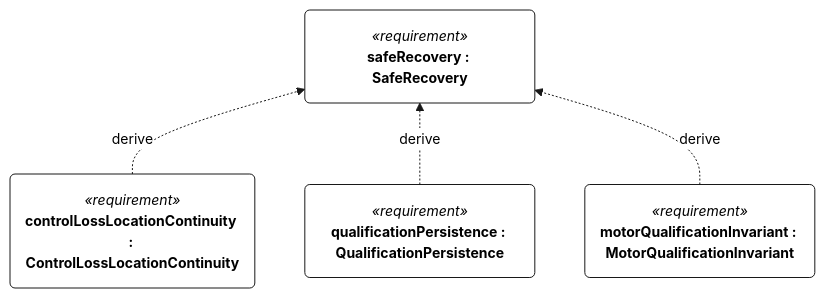
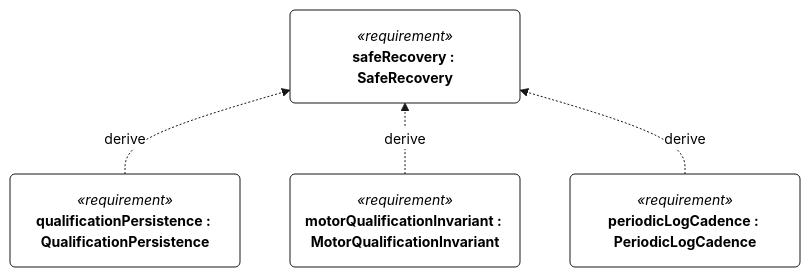
One commit to DavidIngraham/sv-blue-dog changed the third of 3 diagrams in docs/figures/requirements-s-003.md. Above: the diagram before and after it, drawn with Mermaid. The commit also changed other lines of this file and 130 other files, not shown here.

````diff
--- a/docs/figures/requirements-s-003.md
+++ b/docs/figures/requirements-s-003.md
@@ -125,43 +123,43 @@
 ```mermaid
 ---
 config:
   fontFamily: "Helvetica, Arial, sans-serif"
   theme: base
   themeCSS: ".edgeLabel rect { opacity: 1 !important; } .cluster-label .nodeLabel { text-align: center; }"
   themeVariables:
     fontFamily: "Helvetica, Arial, sans-serif"
     fontSize: "14px"
     primaryColor: "#FFFFFF"
     secondaryColor: "#FFFFFF"
     tertiaryColor: "#FFFFFF"
     background: "#FFFFFF"
     primaryBorderColor: "#181818"
     primaryTextColor: "#000000"
     lineColor: "#181818"
     textColor: "#000000"
     noteBkgColor: "#FEFFDD"
     noteBorderColor: "#181818"
     noteTextColor: "#000000"
     clusterBkg: "#FFFFFF"
     clusterBorder: "#181818"
     edgeLabelBackground: "#FFFFFF"
 ---
 %% BlueDogViews::safeRecovery3 — requirement rendering (view def GeneralView, filter @RequirementUsage)
-%% not represented: 133 node(s) without a position, left undrawn, and 201 edge(s) at them
+%% not represented: 130 node(s) without a position, left undrawn, and 206 edge(s) at them
 %% layout: n0 x=0 y=0
 %% layout: n1 x=0 y=200
 %% layout: n2 x=300 y=200
 %% layout: n3 x=600 y=200
 flowchart BT
   n0("`*«requirement»*
 **safeRecovery : SafeRecovery**`")
   n1("`*«requirement»*
-**controlLossLocationContinuity : ControlLossLocationContinuity**`")
+**qualificationPersistence : QualificationPersistence**`")
   n2("`*«requirement»*
-**qualificationPersistence : QualificationPersistence**`")
+**motorQualificationInvariant : MotorQualificationInvariant**`")
   n3("`*«requirement»*
-**motorQualificationInvariant : MotorQualificationInvariant**`")
+**periodicLogCadence : PeriodicLogCadence**`")
   n1 -.->|"derive"| n0
   n2 -.->|"derive"| n0
   n3 -.->|"derive"| n0
 ```
````
